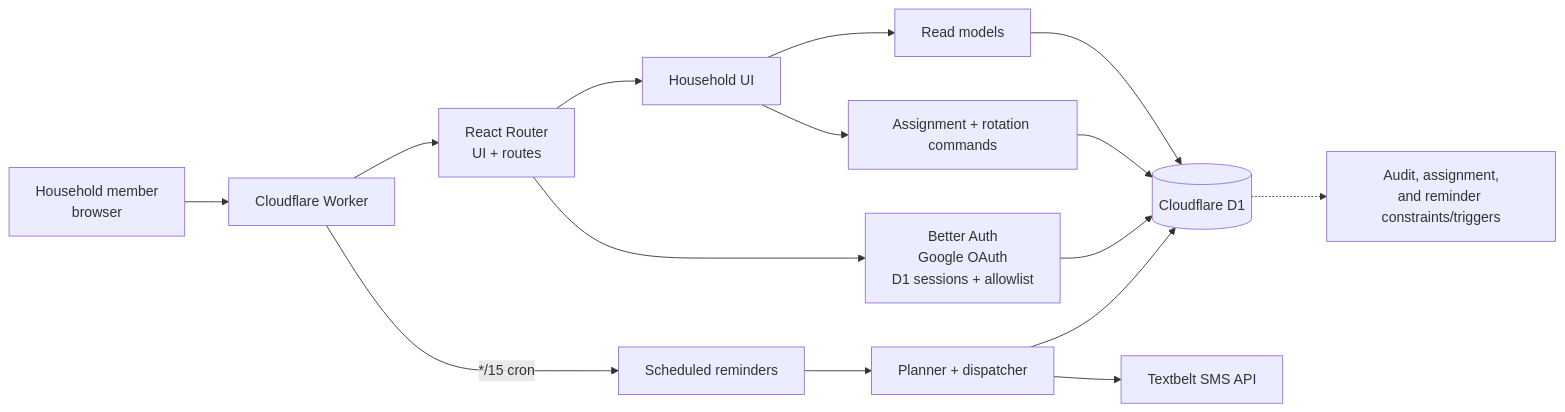
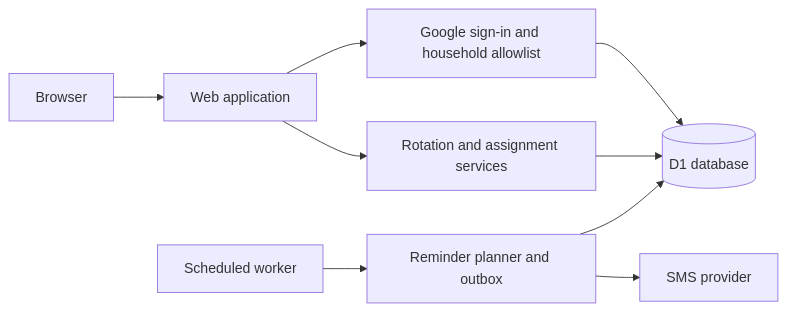
The diagram in README.md (shanebishop1/chorotate), drawn with Mermaid before and after one commit. The commit also changed other lines of this file, not shown here.

````diff
--- a/README.md
+++ b/README.md
@@ -44,17 +22,11 @@
 ```mermaid
 flowchart LR
-  Member[Household member<br/>browser] --> Worker[Cloudflare Worker]
-  Worker --> Router[React Router<br/>UI + routes]
-  Router --> Home[Household UI]
-  Router --> Auth[Better Auth<br/>Google OAuth<br/>D1 sessions + allowlist]
-  Home --> Reads[Read models]
-  Home --> Commands[Assignment + rotation commands]
-  Reads --> D1[(Cloudflare D1)]
-  Commands --> D1
-  Auth --> D1
-  Worker -- "*/15 cron" --> Scheduler[Scheduled reminders]
-  Scheduler --> Planner[Planner + dispatcher]
-  Planner --> D1
-  Planner --> Textbelt[Textbelt SMS API]
-  D1 -.-> Integrity[Audit, assignment,<br/>and reminder constraints/triggers]
+  Browser --> App[Web application]
+  App --> Auth[Google sign-in and household allowlist]
+  App --> Schedule[Rotation and assignment services]
+  Cron[Scheduled worker] --> Reminders[Reminder planner and outbox]
+  Auth --> D1[(D1 database)]
+  Schedule --> D1
+  Reminders --> D1
+  Reminders --> SMS[SMS provider]
 ```
````
